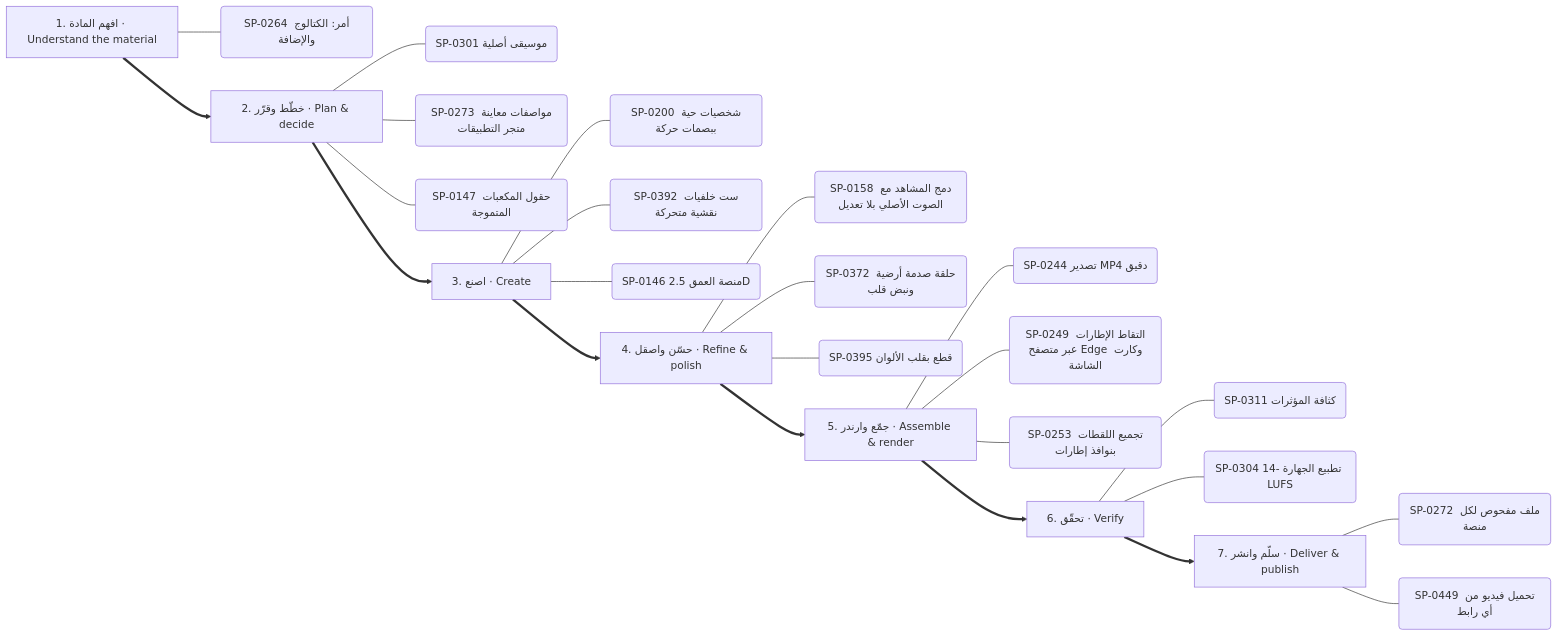
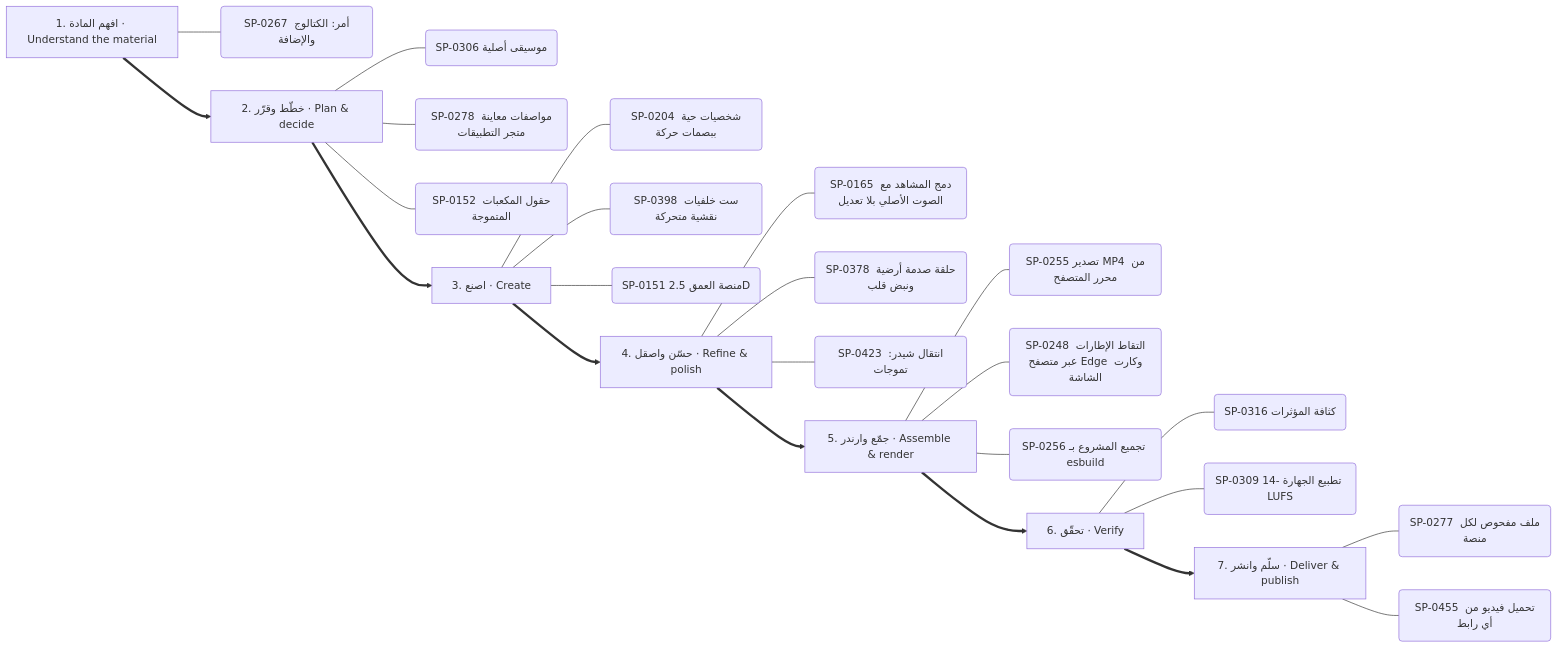
The fourth of 13 diagrams in .claude/skills/kosif-superpowers/references/capability-mindmap.md (kosif199022-jpg/kosif-tool), drawn with Mermaid before and after one commit. The commit also changed other lines of this file and 146 other files, not shown here.

````diff
--- a/.claude/skills/kosif-superpowers/references/capability-mindmap.md
+++ b/.claude/skills/kosif-superpowers/references/capability-mindmap.md
@@ -225,33 +225,33 @@
 ```mermaid
 flowchart LR
   S0["1. افهم المادة · Understand the material"]
-  S0 --- S0_0("SP-0264 أمر: الكتالوج والإضافة")
+  S0 --- S0_0("SP-0267 أمر: الكتالوج والإضافة")
   S1["2. خطّط وقرّر · Plan & decide"]
-  S1 --- S1_0("SP-0301 موسيقى أصلية")
-  S1 --- S1_1("SP-0273 مواصفات معاينة متجر التطبيقات")
-  S1 --- S1_2("SP-0147 حقول المكعبات المتموجة")
+  S1 --- S1_0("SP-0306 موسيقى أصلية")
+  S1 --- S1_1("SP-0278 مواصفات معاينة متجر التطبيقات")
+  S1 --- S1_2("SP-0152 حقول المكعبات المتموجة")
   S0 ==> S1
   S2["3. اصنع · Create"]
-  S2 --- S2_0("SP-0200 شخصيات حية ببصمات حركة")
-  S2 --- S2_1("SP-0392 ست خلفيات نقشية متحركة")
-  S2 --- S2_2("SP-0146 منصة العمق 2.5D")
+  S2 --- S2_0("SP-0204 شخصيات حية ببصمات حركة")
+  S2 --- S2_1("SP-0398 ست خلفيات نقشية متحركة")
+  S2 --- S2_2("SP-0151 منصة العمق 2.5D")
   S1 ==> S2
   S3["4. حسّن واصقل · Refine & polish"]
-  S3 --- S3_0("SP-0158 دمج المشاهد مع الصوت الأصلي بلا تعديل")
-  S3 --- S3_1("SP-0372 حلقة صدمة أرضية ونبض قلب")
-  S3 --- S3_2("SP-0395 قطع بقلب الألوان")
+  S3 --- S3_0("SP-0165 دمج المشاهد مع الصوت الأصلي بلا تعديل")
+  S3 --- S3_1("SP-0378 حلقة صدمة أرضية ونبض قلب")
+  S3 --- S3_2("SP-0423 انتقال شيدر: تموجات")
   S2 ==> S3
   S4["5. جمّع وارندر · Assemble & render"]
-  S4 --- S4_0("SP-0244 تصدير MP4 دقيق")
-  S4 --- S4_1("SP-0249 التقاط الإطارات عبر متصفح Edge وكارت الشاشة")
-  S4 --- S4_2("SP-0253 تجميع اللقطات بنوافذ إطارات")
+  S4 --- S4_0("SP-0255 تصدير MP4 من محرر المتصفح")
+  S4 --- S4_1("SP-0248 التقاط الإطارات عبر متصفح Edge وكارت الشاشة")
+  S4 --- S4_2("SP-0256 تجميع المشروع بـ esbuild")
   S3 ==> S4
   S5["6. تحقّق · Verify"]
-  S5 --- S5_0("SP-0311 كثافة المؤثرات")
-  S5 --- S5_1("SP-0304 تطبيع الجهارة -14 LUFS")
+  S5 --- S5_0("SP-0316 كثافة المؤثرات")
+  S5 --- S5_1("SP-0309 تطبيع الجهارة -14 LUFS")
   S4 ==> S5
   S6["7. سلّم وانشر · Deliver & publish"]
-  S6 --- S6_0("SP-0272 ملف مفحوص لكل منصة")
-  S6 --- S6_1("SP-0449 تحميل فيديو من أي رابط")
+  S6 --- S6_0("SP-0277 ملف مفحوص لكل منصة")
+  S6 --- S6_1("SP-0455 تحميل فيديو من أي رابط")
   S5 ==> S6
 ```
````
